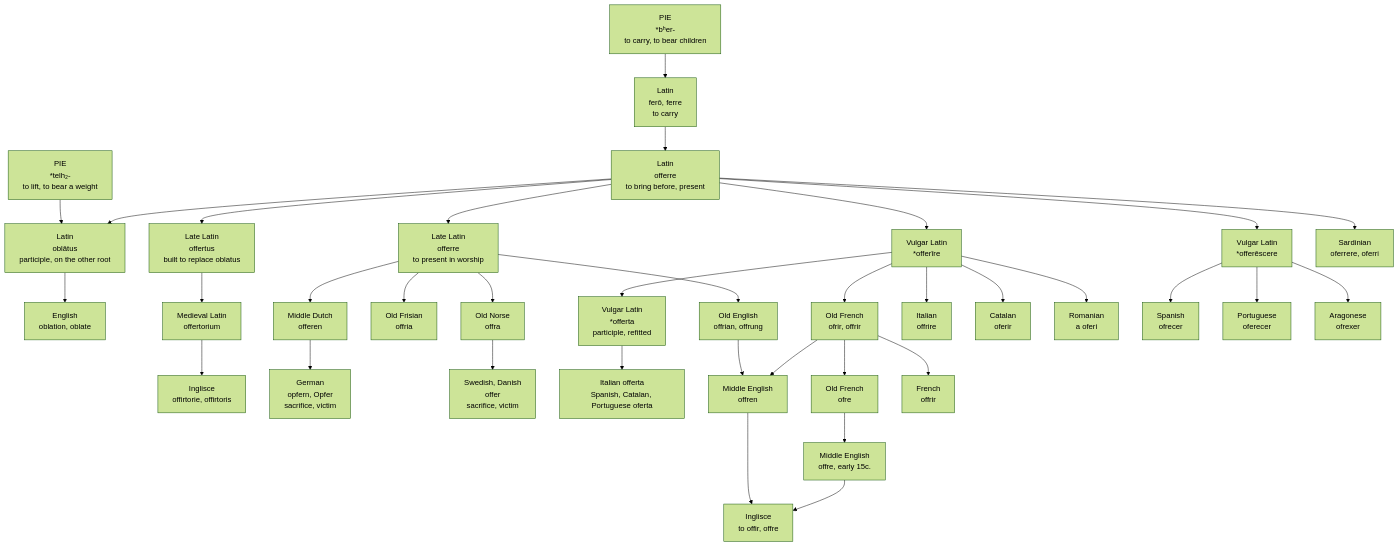
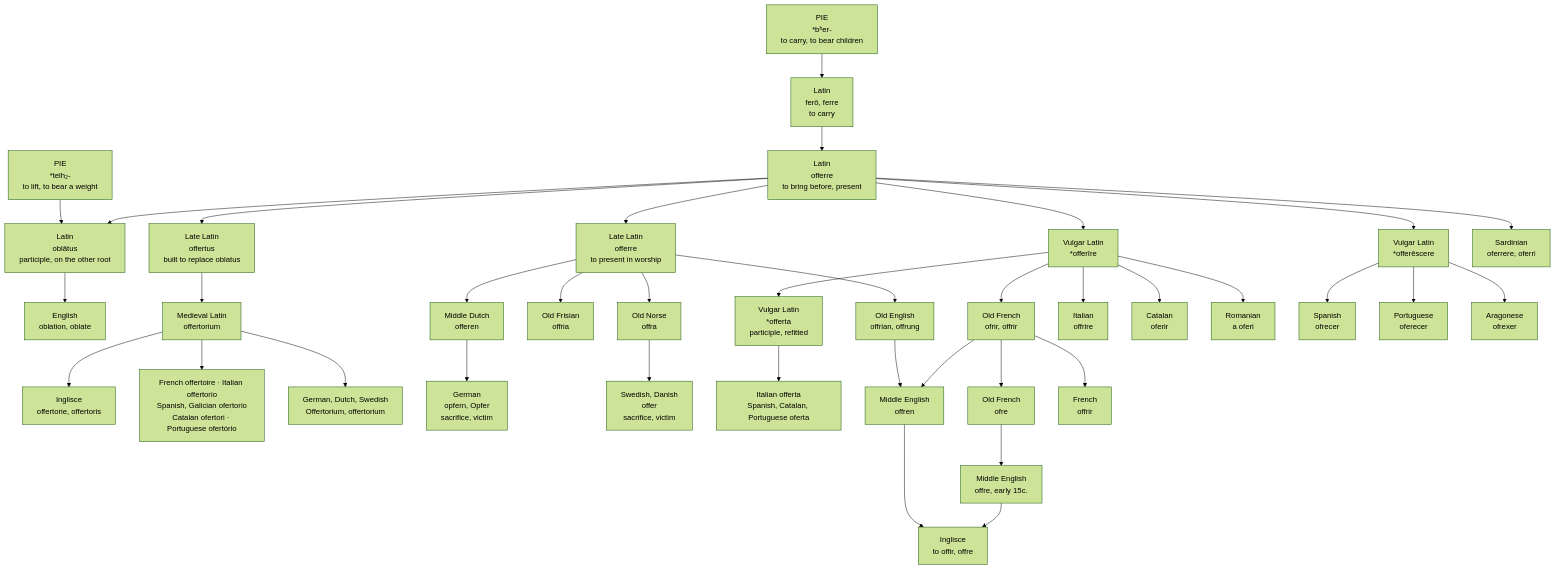
The diagram in data-text/inglisce/etymology/comparisons/o/offer.md (dionys93/ety-dictionary), drawn with Mermaid (forest theme) before and after one commit. The commit also changed other lines of this file, not shown here.

````diff
--- a/data-text/inglisce/etymology/comparisons/o/offer.md
+++ b/data-text/inglisce/etymology/comparisons/o/offer.md
@@ -79,73 +79,77 @@
 ```mermaid
 flowchart TD
     BHER["PIE<br/>*bʰer-<br/>to carry, to bear children"]
     TELH["PIE<br/>*telh₂-<br/>to lift, to bear a weight"]
     FER["Latin<br/>ferō, ferre<br/>to carry"]
     OFF["Latin<br/>offerre<br/>to bring before, present"]
     LLA["Late Latin<br/>offerre<br/>to present in worship"]
     OBL["Latin<br/>oblātus<br/>participle, on the other root"]
     OBE["English<br/>oblation, oblate"]
     OFT["Late Latin<br/>offertus<br/>built to replace oblatus"]
     MLO["Medieval Latin<br/>offertorium"]
-    INT["Inglisce<br/>offirtorie, offirtoris"]
+    INT["Inglisce<br/>offertorie, offertoris"]
+    ROMT["French offertoire · Italian offertorio<br/>Spanish, Galician ofertorio<br/>Catalan ofertori · Portuguese ofertório"]
+    GERT["German, Dutch, Swedish<br/>Offertorium, offertorium"]
 
     OEN["Old English<br/>offrian, offrung"]
     OFI["Old Frisian<br/>offria"]
     ONO["Old Norse<br/>offra"]
     MDU["Middle Dutch<br/>offeren"]
     GER["German<br/>opfern, Opfer<br/>sacrifice, victim"]
     SCA["Swedish, Danish<br/>offer<br/>sacrifice, victim"]
 
     VLI["Vulgar Latin<br/>*offerīre"]
     VLS["Vulgar Latin<br/>*offerēscere"]
     OFTA["Vulgar Latin<br/>*offerta<br/>participle, refitted"]
     ROMN["Italian offerta<br/>Spanish, Catalan, Portuguese oferta"]
     OFV["Old French<br/>ofrir, offrir"]
     OFN["Old French<br/>ofre"]
     MIV["Middle English<br/>offren"]
     MIN["Middle English<br/>offre, early 15c."]
     ING["Inglisce<br/>to offir, offre"]
     FRA["French<br/>offrir"]
     ITA["Italian<br/>offrire"]
     CAT["Catalan<br/>oferir"]
     ROM["Romanian<br/>a oferi"]
     SPA["Spanish<br/>ofrecer"]
     POR["Portuguese<br/>oferecer"]
     ARA["Aragonese<br/>ofrexer"]
     SAR["Sardinian<br/>oferrere, oferri"]
 
     BHER --> FER
     TELH --> OBL
     FER --> OFF
     OFF --> OBL
     OBL --> OBE
     OFF --> OFT
     OFT --> MLO
     MLO --> INT
+    MLO --> ROMT
+    MLO --> GERT
     OFF --> LLA
     LLA --> OEN
     LLA --> OFI
     LLA --> ONO
     LLA --> MDU
     MDU --> GER
     ONO --> SCA
     OFF --> SAR
     OFF --> VLI
     OFF --> VLS
     VLI --> OFTA
     OFTA --> ROMN
     VLI --> OFV
     OFV --> OFN
     OFV --> FRA
     VLI --> ITA
     VLI --> CAT
     VLI --> ROM
     VLS --> SPA
     VLS --> POR
     VLS --> ARA
     OEN --> MIV
     OFV --> MIV
     OFN --> MIN
     MIV --> ING
     MIN --> ING
 ```
````
